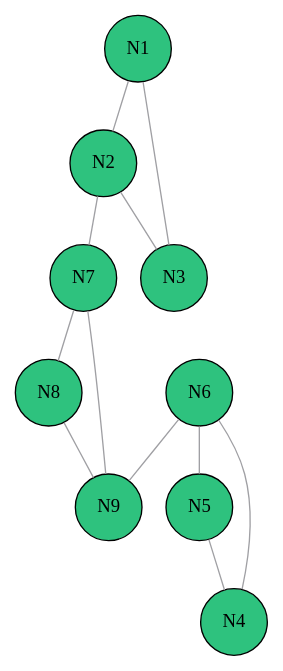
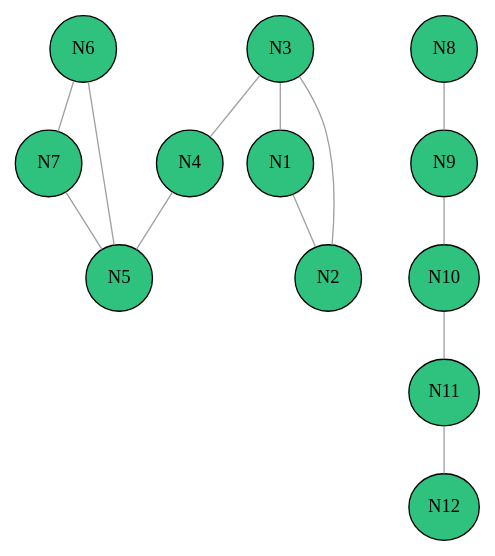
One commit to 0xdia/Programming-theory changed the diagram in tps/tp3/python/graph0.gv. Above: the diagram before and after it, drawn with Graphviz.

Commit message:
Create assignement evaluation graph

```diff
--- a/tps/tp3/python/graph0.gv
+++ b/tps/tp3/python/graph0.gv
@@ -1,101 +1,115 @@
 digraph "graph0"
 {
 
 bgcolor = "#ffffff"
 
 node [
 class = "node"
 ,fillcolor = "#2ec27e",style = "filled"
 ,width = "0.694444",height = "0.694444"
 ,shape = "ellipse"
 ,color = "#000000"
 ,penwidth = "1"
 ,"_vis_" = "label|id"
 ];
 
 
-"N1" [
-pos = "-2.43056,1.04167!"
+"N6" [
+pos = "3.81944,-0.347222!"
 ]
 
-"N6" [
-pos = "2.43056,-0.347222!"
+"N3" [
+pos = "-0.694444,-1.38889!"
+]
+
+"N10" [
+pos = "0.861111,-4.51389!"
+]
+
+"N9" [
+pos = "-0.652778,-4.51389!"
+]
+
+"N11" [
+pos = "2.34722,-4.51389!"
+]
+
+"N1" [
+pos = "-1.38889,-0.347222!"
+]
+
+"N4" [
+pos = "1.13889,-1.38889!"
+]
+
+"N2" [
+pos = "-2.08333,-1.38889!"
+]
+
+"N7" [
+pos = "4.51389,-1.38889!"
+]
+
+"N8" [
+pos = "-2.08333,-4.51389!"
+]
+
+"N12" [
+pos = "3.83333,-4.51389!"
 ]
 
 "N5" [
-pos = "1.38889,0.694444!"
-]
-
-"N7" [
-pos = "-2.77778,-3.125!"
-]
-
-"N2" [
-pos = "-3.81944,-0.347222!"
-]
-
-"N3" [
-pos = "-1.73611,0!"
-]
-
-"N4" [
-pos = "2.77778,1.04167!"
-]
-
-"N8" [
-pos = "-1.38889,-4.51389!"
-]
-
-"N9" [
-pos = "-0.694444,-3.125!"
+pos = "3.125,-1.38889!"
 ]
 
 
 
 edge [
 class = "edge"
 ,dir=none
 ,weight = "1"
 ,penwidth = "1"
 ,"_vis_" = "label"
 ,"color" = "#a0a0a4"
-,"size" = ""
 ,"style" = "solid"
 ];
 
 
+"N1" -> "N2" [id = "E1"
+];
+
+"N3" -> "N4" [id = "E4"
+];
+
 "N2" -> "N3" [id = "E2"
 ];
 
-"N1" -> "N2" [id = "E1"
+"N7" -> "N5" [id = "E8"
+];
+
+"N11" -> "N12" [id = "E12"
+];
+
+"N9" -> "N10" [id = "E10"
+];
+
+"N6" -> "N7" [id = "E7"
+];
+
+"N5" -> "N6" [id = "E6"
+];
+
+"N8" -> "N9" [id = "E9"
+];
+
+"N10" -> "N11" [id = "E11"
 ];
 
 "N3" -> "N1" [id = "E3"
 ];
 
-"N8" -> "N9" [id = "E9"
-];
-
-"N7" -> "N8" [id = "E8"
-];
-
-"N5" -> "N4" [id = "E4"
-];
-
-"N6" -> "N9" [id = "E12"
-];
-
-"N4" -> "N6" [id = "E5"
-];
-
-"N9" -> "N7" [id = "E7"
-];
-
-"N6" -> "N5" [id = "E6"
-];
-
-"N2" -> "N7" [id = "E10"
+"N4" -> "N5" [id = "E5"
 ];
 
 
 }
```
